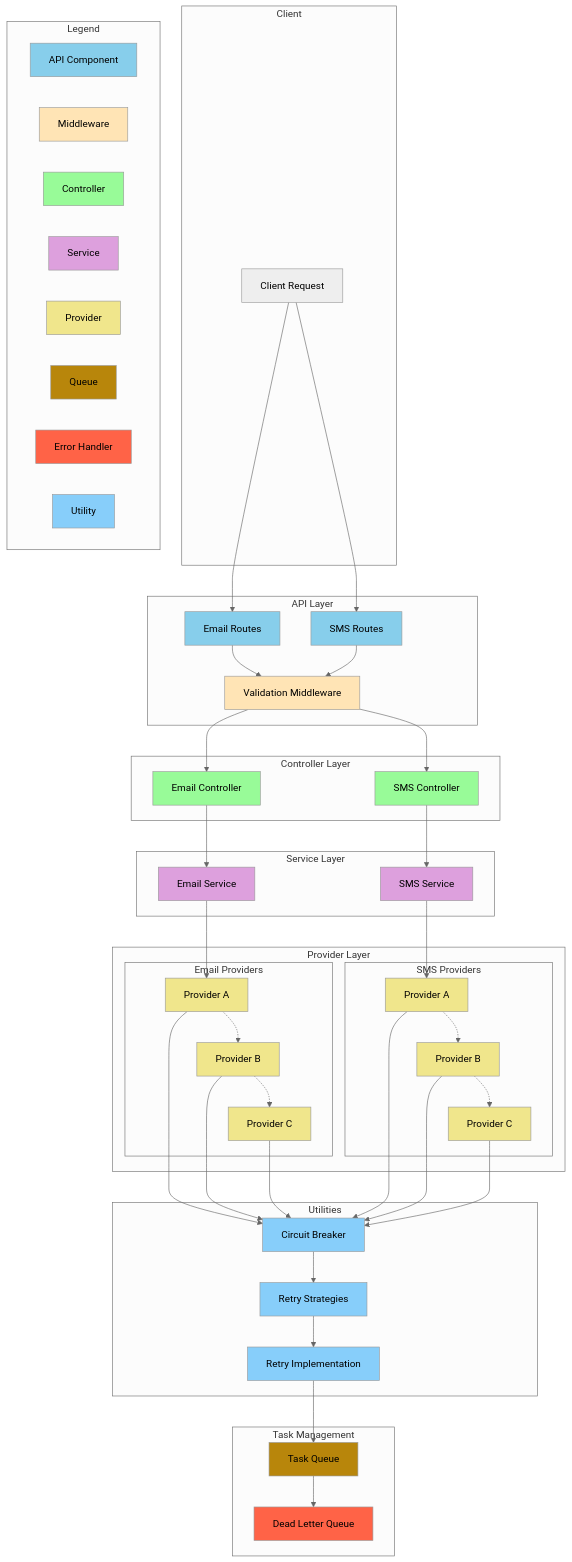
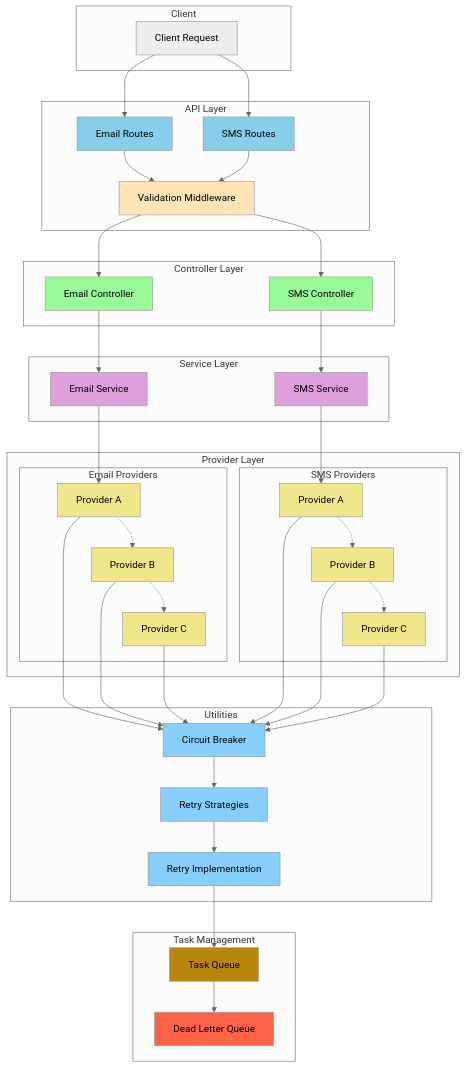
One commit to shahnewaz-labib/notification-service-exp changed the diagram in README.md. Above: the diagram before and after it, drawn with Mermaid (neutral theme).

````diff
--- a/README.md
+++ b/README.md
@@ -95,16 +95,4 @@
     classDef queue fill:#B8860B
     classDef error fill:#FF6347
     classDef utility fill:#87CEFA
-
-    %% Legend
-    subgraph Legend
-        L1["API Component"]:::api
-        L2["Middleware"]:::middleware
-        L3["Controller"]:::controller
-        L4["Service"]:::service
-        L5["Provider"]:::provider
-        L6["Queue"]:::queue
-        L7["Error Handler"]:::error
-        L8["Utility"]:::utility
-    end
 ```
````
